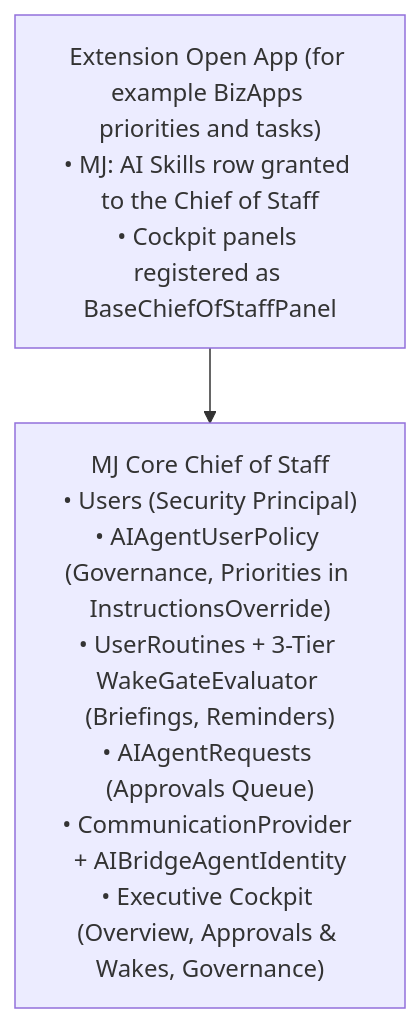
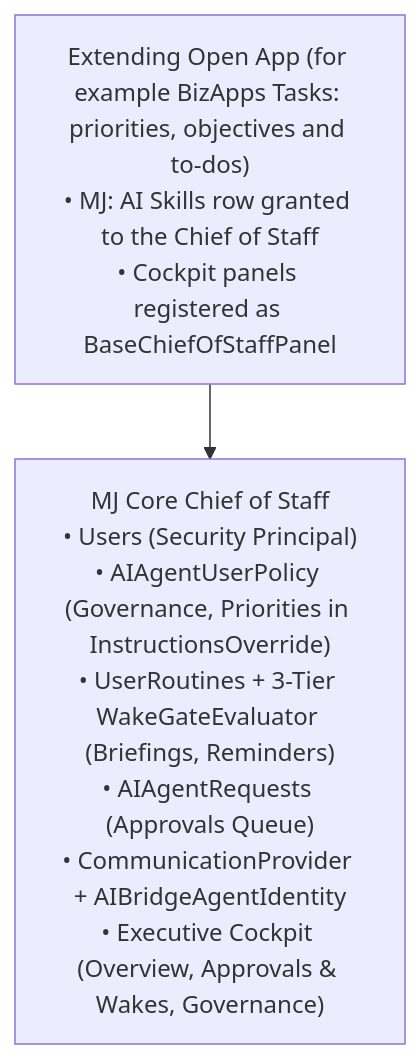
One commit to MemberJunction/MJ changed the third of 3 diagrams in guides/BUILT_IN_AGENTS_GUIDE.md. Above: the diagram before and after it, drawn with Mermaid. The commit also changed other lines of this file and 1 other file, not shown here.

Commit message:
docs(chief-of-staff): the BizApps extension is planned for the Tasks app
Tasks already depends on BizApps Common for People, so the Chief of Staff
extension ships there instead of in a new Open App.

````diff
--- a/guides/BUILT_IN_AGENTS_GUIDE.md
+++ b/guides/BUILT_IN_AGENTS_GUIDE.md
@@ -102,6 +102,6 @@
 ```mermaid
 flowchart TD
     MJ["MJ Core Chief of Staff<br/>• Users (Security Principal)<br/>• AIAgentUserPolicy (Governance, Priorities in InstructionsOverride)<br/>• UserRoutines + 3-Tier WakeGateEvaluator (Briefings, Reminders)<br/>• AIAgentRequests (Approvals Queue)<br/>• CommunicationProvider + AIBridgeAgentIdentity<br/>• Executive Cockpit (Overview, Approvals & Wakes, Governance)"]
-    Ext["Extension Open App (for example BizApps priorities and tasks)<br/>• MJ: AI Skills row granted to the Chief of Staff<br/>• Cockpit panels registered as BaseChiefOfStaffPanel"]
+    Ext["Extending Open App (for example BizApps Tasks: priorities, objectives and to-dos)<br/>• MJ: AI Skills row granted to the Chief of Staff<br/>• Cockpit panels registered as BaseChiefOfStaffPanel"]
     Ext --> MJ
 ```
````
